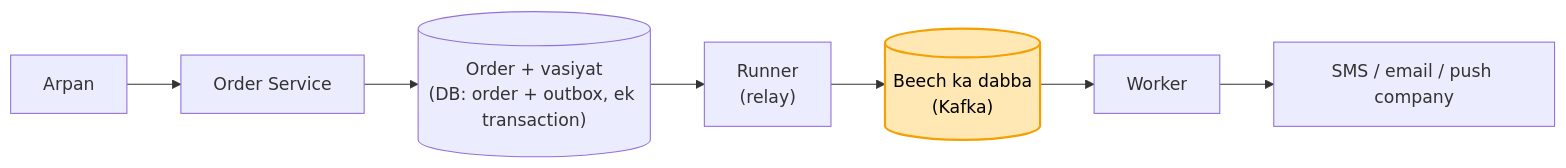
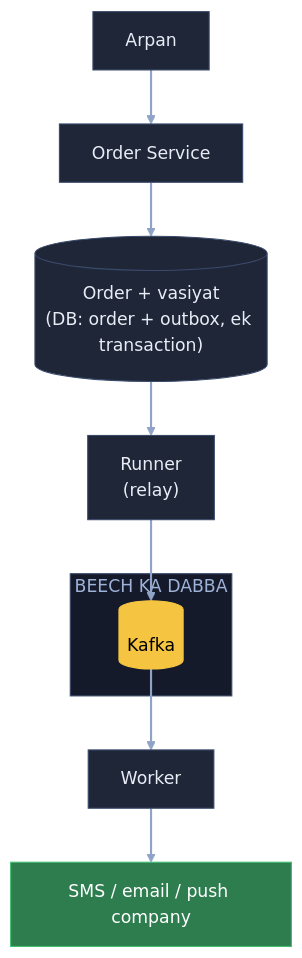
Before and after one commit to ArpanMaheshwari144/Prep: the first of 9 diagrams in 04_HLD/SYSTEM_DESIGNS/04_notification_system/04_notification_system.md, drawn with Mermaid. The commit also changed other lines of this file, not shown here.

Commit message:
Notification: 9 diagram YouTube (reel) wale card andaaz me

````diff
--- a/04_HLD/SYSTEM_DESIGNS/04_notification_system/04_notification_system.md
+++ b/04_HLD/SYSTEM_DESIGNS/04_notification_system/04_notification_system.md
@@ -40,10 +40,24 @@
 ```mermaid
-flowchart LR
-    U["Arpan"] --> O["Order Service"]
-    O --> DB[("Order + vasiyat<br/>(DB: order + outbox, ek transaction)")]
-    DB --> R["Runner<br/>(relay)"]
-    R --> K[("Beech ka dabba<br/>(Kafka)")]
-    K --> W["Worker"]
-    W --> C["SMS / email / push company"]
-    style K fill:#ffe8b3,stroke:#f59f00,stroke-width:2px,color:#000
+flowchart TB
+    U["Arpan"]:::card
+    O["Order Service"]:::card
+    DB[("Order + vasiyat<br/>(DB: order + outbox, ek transaction)")]:::card
+    R["Runner<br/>(relay)"]:::card
+    subgraph BD["BEECH KA DABBA"]
+        K[("Kafka")]:::pill
+    end
+    W["Worker"]:::card
+    C["SMS / email / push company"]:::good
+    U --> O
+    O --> DB
+    DB --> R
+    R --> K
+    K --> W
+    W --> C
+    linkStyle default stroke:#8fa3c7,stroke-width:2px
+    classDef card fill:#1e2638,stroke:#3a4a6b,color:#e8ecf5
+    classDef pill fill:#f5c542,stroke:#f5c542,color:#000
+    classDef good fill:#2e7d4f,stroke:#3fbf6f,color:#fff
+    classDef bad fill:#5c1f24,stroke:#e05561,color:#fff
+    style BD fill:#141a29,stroke:#3a4a6b,color:#9fb3d9
 ```
````
